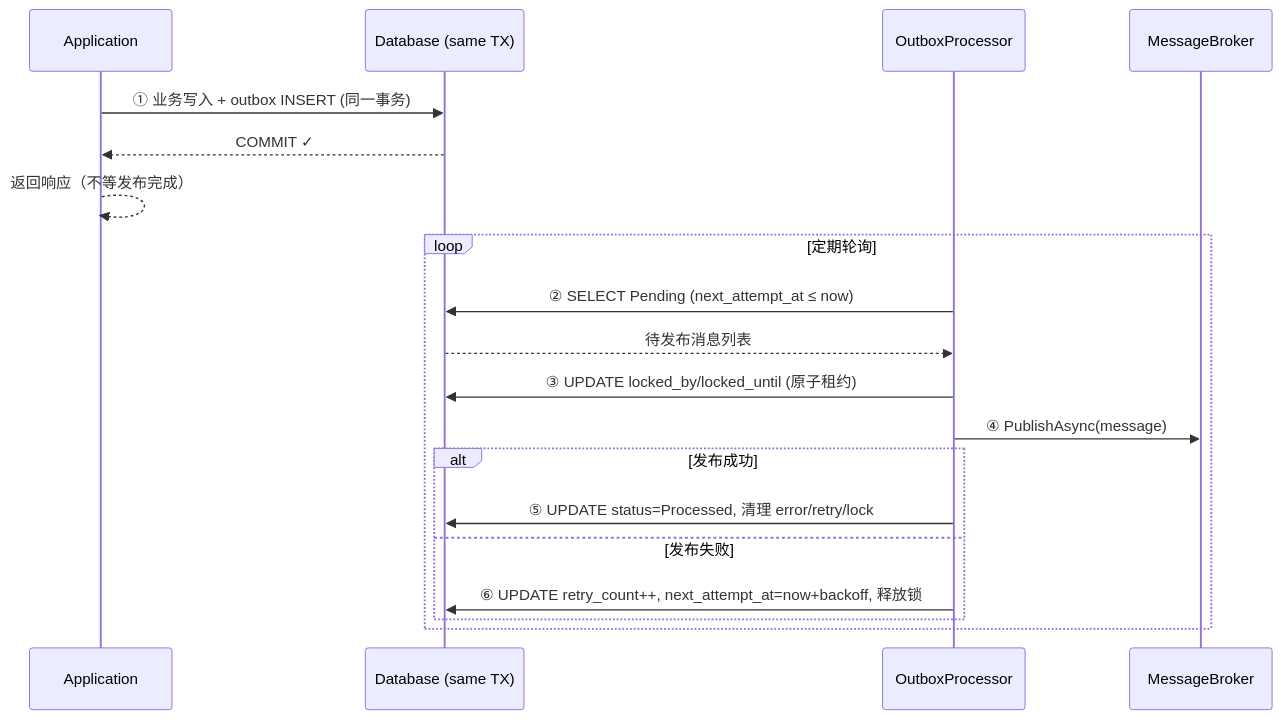
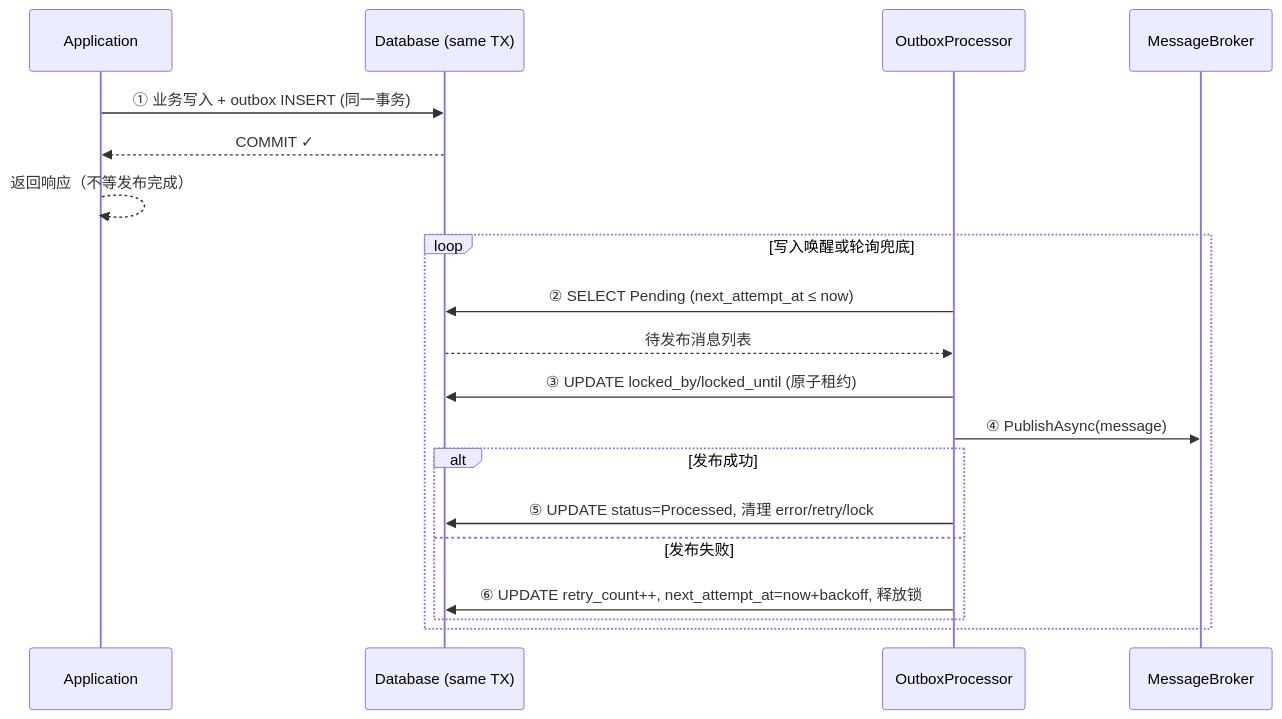
One commit to yuebo119/PalDDD changed the second of 4 diagrams in docs/architecture.md. Above: the diagram before and after it, drawn with Mermaid. The commit also changed other lines of this file and 29 other files, not shown here.

````diff
--- a/docs/architecture.md
+++ b/docs/architecture.md
@@ -357,23 +358,23 @@
 ```mermaid
 sequenceDiagram
     participant App as Application
     participant DB as Database (same TX)
     participant OP as OutboxProcessor
     participant Broker as MessageBroker
 
     App->>DB: ① 业务写入 + outbox INSERT (同一事务)
     DB-->>App: COMMIT ✓
     App-->>App: 返回响应（不等发布完成）
 
-    loop 定期轮询
+    loop 写入唤醒或轮询兜底
         OP->>DB: ② SELECT Pending (next_attempt_at ≤ now)
         DB-->>OP: 待发布消息列表
         OP->>DB: ③ UPDATE locked_by/locked_until (原子租约)
         OP->>Broker: ④ PublishAsync(message)
         alt 发布成功
             OP->>DB: ⑤ UPDATE status=Processed, 清理 error/retry/lock
         else 发布失败
             OP->>DB: ⑥ UPDATE retry_count++, next_attempt_at=now+backoff, 释放锁
         end
     end
 ```
````
